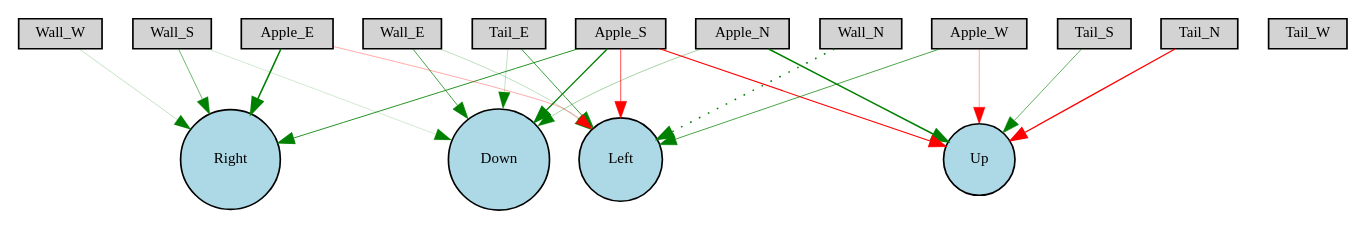
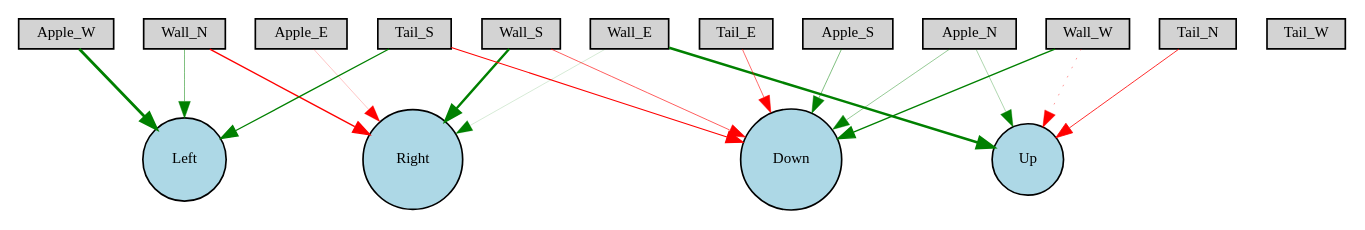
Before and after one commit to d-mihaila/NC-Project: the diagram in results/network.gv, drawn with Graphviz. The commit also changed 20 other files, not shown here.

```diff
--- a/results/network.gv
+++ b/results/network.gv
@@ -1,39 +1,36 @@
 digraph {
 	node [fontsize=9 height=0.2 shape=circle width=0.2]
 	Wall_N [fillcolor=lightgray shape=box style=filled]
 	Wall_S [fillcolor=lightgray shape=box style=filled]
 	Wall_E [fillcolor=lightgray shape=box style=filled]
 	Wall_W [fillcolor=lightgray shape=box style=filled]
 	Tail_N [fillcolor=lightgray shape=box style=filled]
 	Tail_S [fillcolor=lightgray shape=box style=filled]
 	Tail_E [fillcolor=lightgray shape=box style=filled]
 	Tail_W [fillcolor=lightgray shape=box style=filled]
 	Apple_N [fillcolor=lightgray shape=box style=filled]
 	Apple_S [fillcolor=lightgray shape=box style=filled]
 	Apple_E [fillcolor=lightgray shape=box style=filled]
 	Apple_W [fillcolor=lightgray shape=box style=filled]
 	Up [fillcolor=lightblue style=filled]
 	Left [fillcolor=lightblue style=filled]
 	Down [fillcolor=lightblue style=filled]
 	Right [fillcolor=lightblue style=filled]
-	Apple_W -> Left [color=green penwidth=0.434453937647827 style=solid]
-	Apple_N -> Down [color=green penwidth=0.2134600545248626 style=solid]
-	Wall_W -> Right [color=green penwidth=0.13903601447825725 style=solid]
-	Tail_S -> Up [color=green penwidth=0.36527783568986627 style=solid]
-	Apple_E -> Left [color=red penwidth=0.19811464533424822 style=solid]
-	Apple_S -> Right [color=green penwidth=0.5054238700069157 style=solid]
-	Wall_N -> Left [color=green penwidth=0.9084793492630264 style=dotted]
-	Wall_E -> Down [color=green penwidth=0.43257292076912646 style=solid]
-	Tail_N -> Up [color=red penwidth=0.7756499866010166 style=solid]
-	Wall_S -> Right [color=green penwidth=0.34446650772283 style=solid]
-	Apple_S -> Up [color=red penwidth=0.6503675751476639 style=solid]
-	Tail_E -> Down [color=green penwidth=0.14234797324817816 style=solid]
-	Apple_S -> Left [color=red penwidth=0.42031398972987677 style=solid]
-	Apple_E -> Right [color=green penwidth=0.9308181440340542 style=solid]
-	Wall_E -> Left [color=green penwidth=0.1533693665555394 style=solid]
-	Apple_N -> Up [color=green penwidth=0.9243637562689343 style=solid]
-	Wall_S -> Down [color=green penwidth=0.11484714500637705 style=solid]
-	Apple_W -> Up [color=red penwidth=0.20568464608634224 style=solid]
-	Tail_E -> Left [color=green penwidth=0.46349421199989094 style=solid]
-	Apple_S -> Down [color=green penwidth=0.8055920728774548 style=solid]
+	Wall_N -> Left [color=green penwidth=0.30140726830509507 style=solid]
+	Wall_S -> Right [color=green penwidth=1.4184470412960675 style=solid]
+	Apple_N -> Up [color=green penwidth=0.18854781701501688 style=solid]
+	Apple_S -> Down [color=green penwidth=0.29560233004686787 style=solid]
+	Wall_W -> Up [color=red penwidth=0.23659969566942043 style=dotted]
+	Wall_E -> Right [color=green penwidth=0.10388853765647056 style=solid]
+	Wall_E -> Up [color=green penwidth=1.5077521130818343 style=solid]
+	Tail_E -> Down [color=red penwidth=0.3510052765148659 style=solid]
+	Apple_W -> Left [color=green penwidth=1.6768400266421362 style=solid]
+	Wall_N -> Right [color=red penwidth=0.8340181844718556 style=solid]
+	Wall_W -> Down [color=green penwidth=0.8276566417367704 style=solid]
+	Tail_N -> Up [color=red penwidth=0.4912136934573115 style=solid]
+	Wall_S -> Down [color=red penwidth=0.3814182503193395 style=solid]
+	Apple_E -> Right [color=red penwidth=0.13598086351781974 style=solid]
+	Tail_S -> Left [color=green penwidth=0.7883958853183641 style=solid]
+	Apple_N -> Down [color=green penwidth=0.250669232387952 style=solid]
+	Tail_S -> Down [color=red penwidth=0.6459476917461882 style=solid]
 }
```
